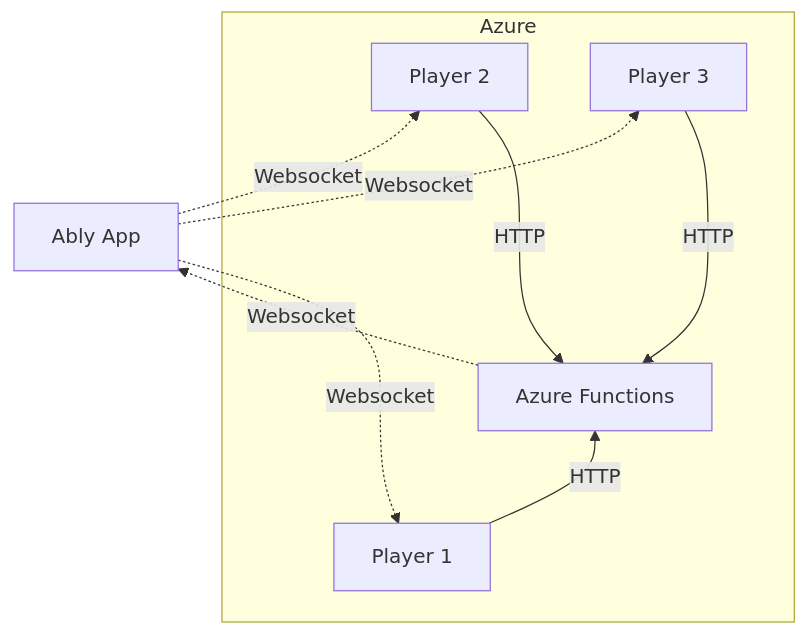
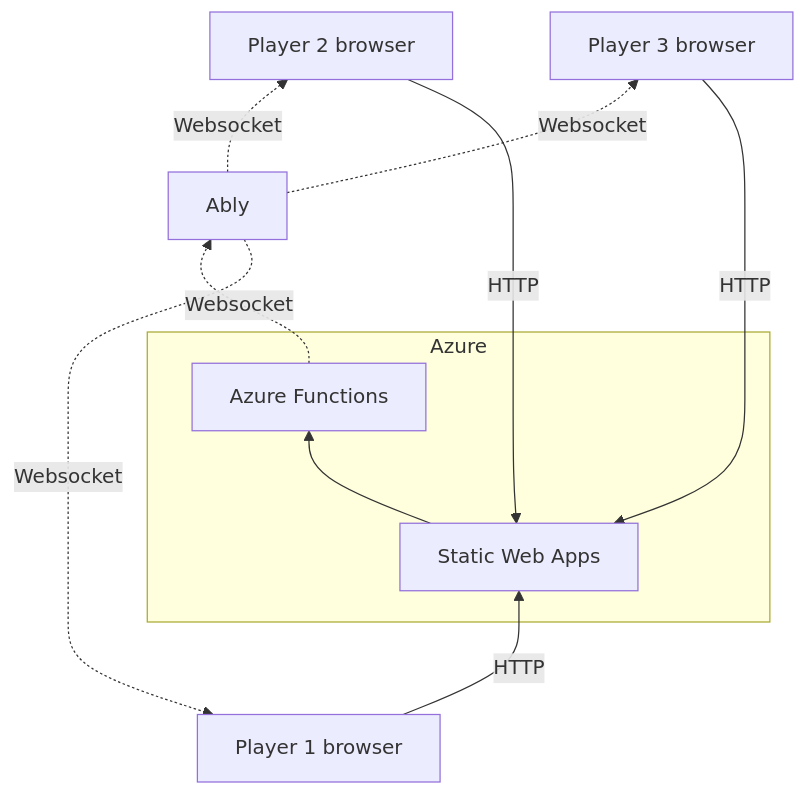
Before and after one commit to ably-labs/serverless-websockets-quest: the diagram in README.md, drawn with Mermaid.

Commit message:
Update diagram

````diff
--- a/README.md
+++ b/README.md
@@ -11,8 +11,12 @@
 ```mermaid
 flowchart BT
+  P1[Player 1 browser] & P2[Player 2 browser] & P3[Player 3 browser]
   subgraph Azure
-    P1[Player 1] & P2[Player 2] & P3[Player 3] -- HTTP --> AF[Azure Functions]
-  end  
-  AF -. Websocket .-> AblyApp[Ably App]
+    SWA[Static Web Apps]
+    AF[Azure Functions]
+  end
+  AblyApp[Ably]
+  P1 & P2 & P3 -- HTTP --> SWA --> AF
+  AF -. Websocket .-> AblyApp[Ably]
   AblyApp -. Websocket .-> P1 & P2 & P3
 ```
````
